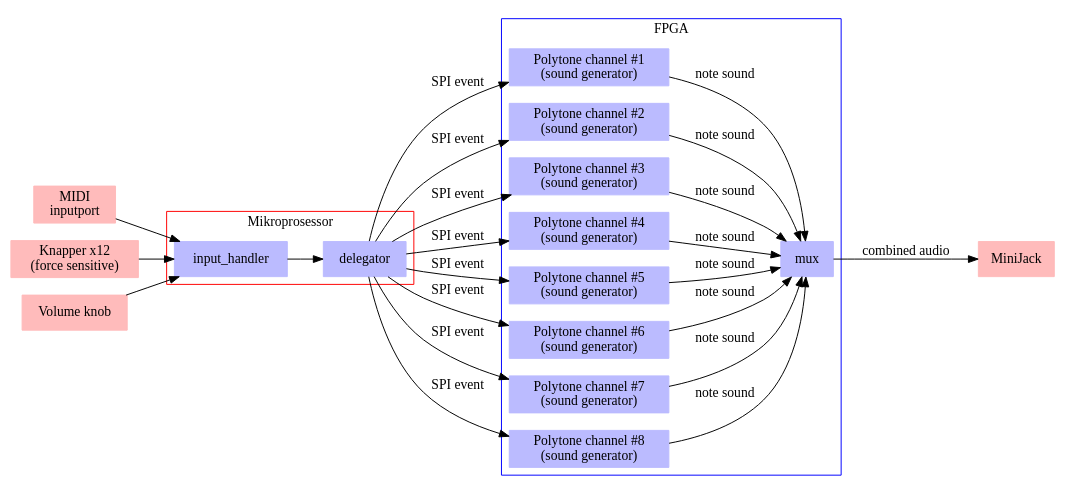
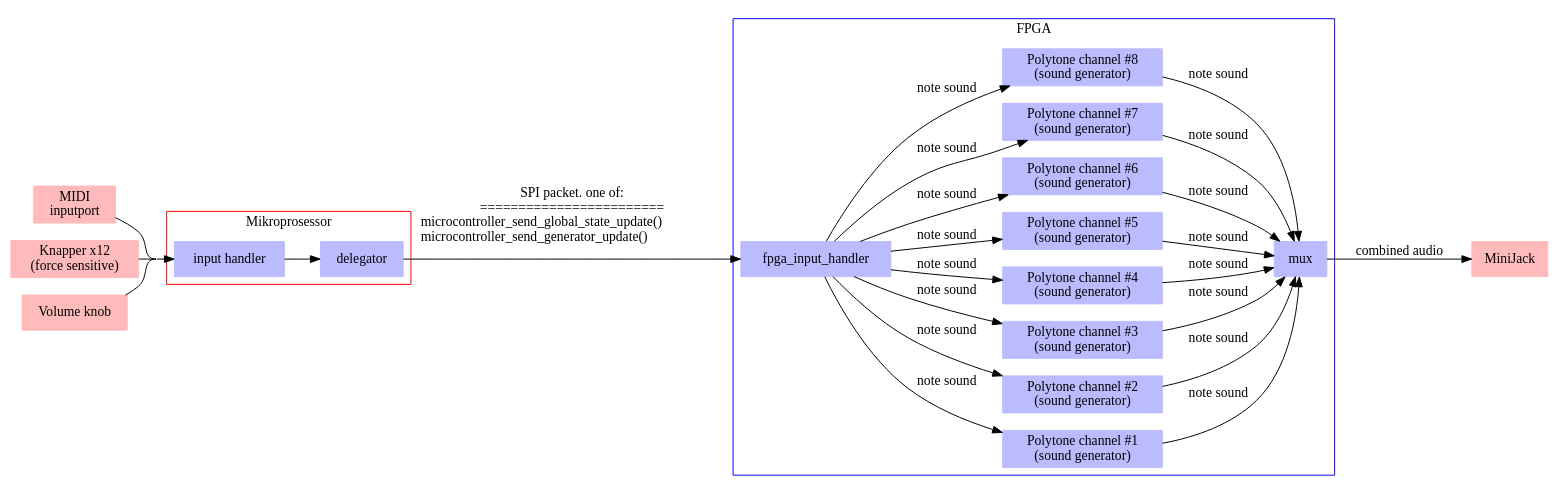
Before and after one commit to TDT4295-2019-groupA/planning: the diagram in processing_pipeline.dot, drawn with Graphviz. The commit also changed 2 other files, not shown here.

Commit message:
update processing_pipeline graph

```diff
--- a/processing_pipeline.dot
+++ b/processing_pipeline.dot
@@ -1,62 +1,60 @@
 digraph G {
 	rankdir=LR;
 	overlap=false;
-//	concentrate=true
+	concentrate=true
 
 	node [shape=box, style="filled", color="#ffbbbb"]
 	//jtag [label="JTAG-\nkonnektor x2"]
 	midi [label="MIDI\ninputport"]
 	btn  [label="Knapper x12\n(force sensitive)"]
 	vol  [label="Volume knob"]
 	//gpio [label="GPIO (70x)"]
 	jack [label="MiniJack"]
 
 	node [color="#bbbbff"]
 
 	subgraph cluster_0 {
 		label = "Mikroprosessor";
 		color = red;
 		//style = filled;
+		micro_input_handler [label="input handler"]
+		delegator           [label="delegator"]
 
-		input_handler->delegator
+		micro_input_handler->delegator
 	}
-	vol -> input_handler
-	midi -> input_handler
-	btn -> input_handler
+	vol  -> micro_input_handler
+	midi -> micro_input_handler
+	btn  -> micro_input_handler
+
+	delegator->fpga_input_handler [label="SPI packet. one of:\n========================\nmicrocontroller_send_global_state_update()\lmicrocontroller_send_generator_update()\l "]
 
 	subgraph cluster_1 {
 		label = "FPGA";
 		color = blue;
 		//style = filled;
+
+		fpga_input_handler
 
 		chan1 [label="Polytone channel #1\n(sound generator)"]
 		chan2 [label="Polytone channel #2\n(sound generator)"]
 		chan3 [label="Polytone channel #3\n(sound generator)"]
 		chan4 [label="Polytone channel #4\n(sound generator)"]
 		chan5 [label="Polytone channel #5\n(sound generator)"]
 		chan6 [label="Polytone channel #6\n(sound generator)"]
 		chan7 [label="Polytone channel #7\n(sound generator)"]
 		chan8 [label="Polytone channel #8\n(sound generator)"]
 
-		chan1 -> mux [label="note sound"]
-		chan2 -> mux [label="note sound"]
-		chan3 -> mux [label="note sound"]
-		chan4 -> mux [label="note sound"]
-		chan5 -> mux [label="note sound"]
-		chan6 -> mux [label="note sound"]
-		chan7 -> mux [label="note sound"]
-		chan8 -> mux [label="note sound"]
+		fpga_input_handler->chan1 -> mux [label="note sound"]
+		fpga_input_handler->chan2 -> mux [label="note sound"]
+		fpga_input_handler->chan3 -> mux [label="note sound"]
+		fpga_input_handler->chan4 -> mux [label="note sound"]
+		fpga_input_handler->chan5 -> mux [label="note sound"]
+		fpga_input_handler->chan6 -> mux [label="note sound"]
+		fpga_input_handler->chan7 -> mux [label="note sound"]
+		fpga_input_handler->chan8 -> mux [label="note sound"]
 	}
-	delegator->chan1 [label="SPI event"]
-	delegator->chan2 [label="SPI event"]
-	delegator->chan3 [label="SPI event"]
-	delegator->chan4 [label="SPI event"]
-	delegator->chan5 [label="SPI event"]
-	delegator->chan6 [label="SPI event"]
-	delegator->chan7 [label="SPI event"]
-	delegator->chan8 [label="SPI event"]
 
 	mux -> jack [label="combined audio"]
 
 
 }
```
